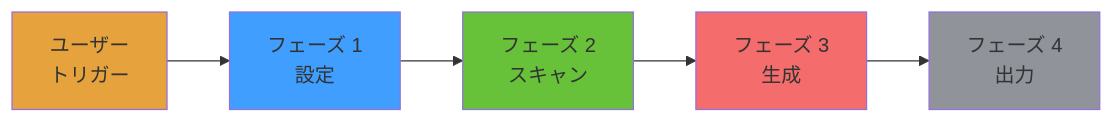
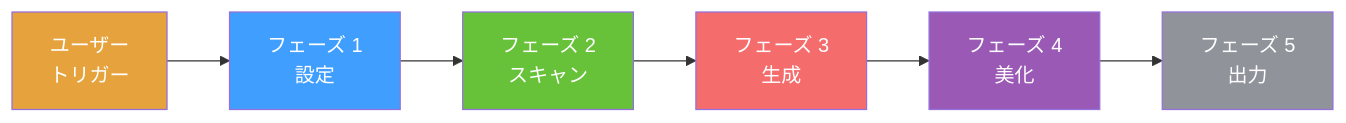
Before and after one commit to KieranGao/general-readme-skill: the first of 7 diagrams in README-ja.md, drawn with Mermaid. The commit also changed other lines of this file and 5 other files, not shown here.

````diff
--- a/README-ja.md
+++ b/README-ja.md
@@ -38,12 +38,14 @@
 ```mermaid
 graph LR
     A[ユーザー<br/>トリガー] --> B[フェーズ 1<br/>設定]
     B --> C[フェーズ 2<br/>スキャン]
     C --> D[フェーズ 3<br/>生成]
-    D --> E[フェーズ 4<br/>出力]
-    style A fill:#E6A23C
-    style B fill:#409EFF
-    style C fill:#67C23A
-    style D fill:#F56C6C
-    style E fill:#909399
+    D --> E[フェーズ 4<br/>美化]
+    E --> F[フェーズ 5<br/>出力]
+    style A fill:#E6A23C,color:#fff
+    style B fill:#409EFF,color:#fff
+    style C fill:#67C23A,color:#fff
+    style D fill:#F56C6C,color:#fff
+    style E fill:#9B59B6,color:#fff
+    style F fill:#909399,color:#fff
 ```
````
